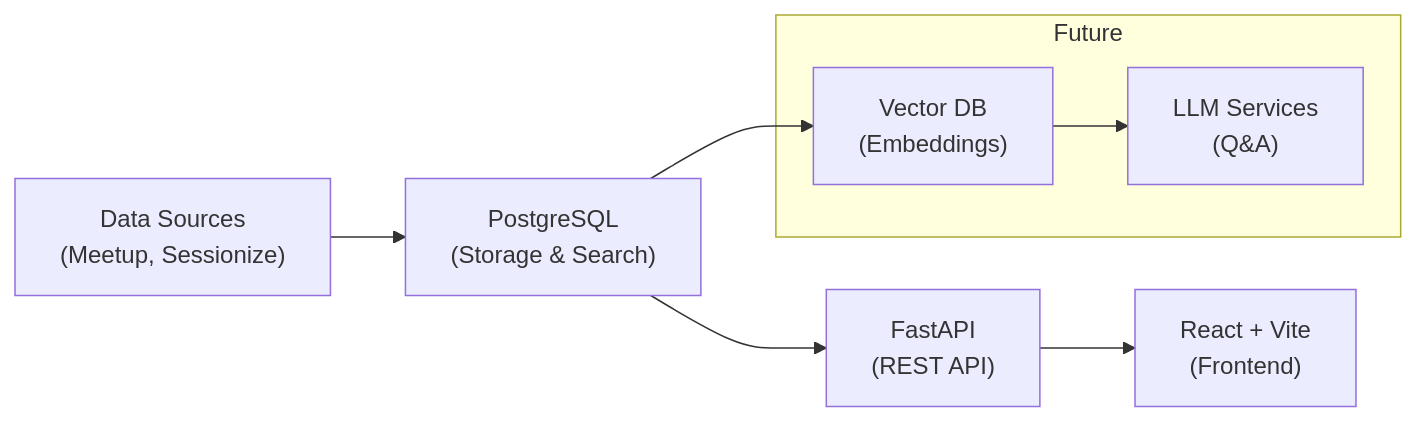
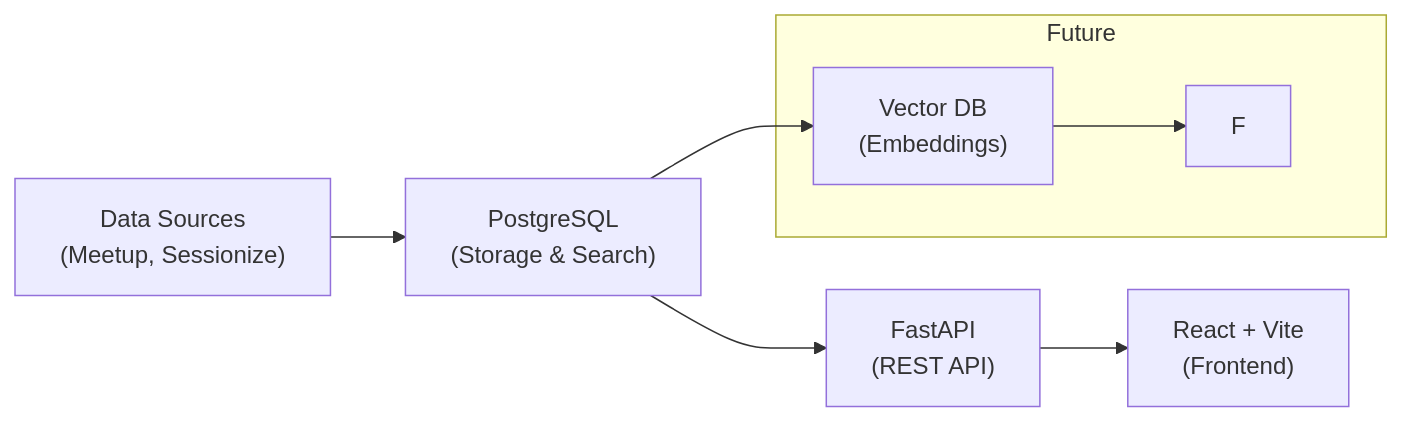
Before and after one commit to PythonIreland/python_ireland_talk_database: the diagram in README.md, drawn with Mermaid. The commit also changed other lines of this file and 3 other files, not shown here.

````diff
--- a/README.md
+++ b/README.md
@@ -158,17 +150,16 @@
 ```mermaid
 flowchart LR
   A["Data Sources<br/>(Meetup, Sessionize)"]
   B["PostgreSQL<br/>(Storage & Search)"]
   C["FastAPI<br/>(REST API)"]
   D["React + Vite<br/>(Frontend)"]
 
   A --> B --> C --> D
 
   subgraph "Future"
     E["Vector DB<br/>(Embeddings)"]
-    F["LLM Services<br/>(Q&A)"]
     E --> F
   end
 
   B --> E
 ```
````
